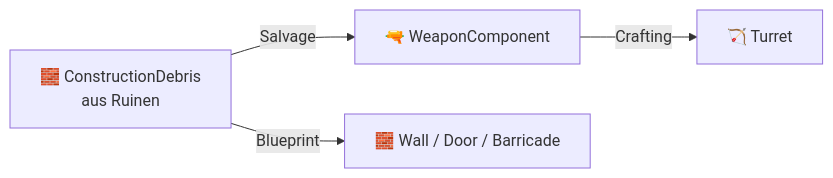
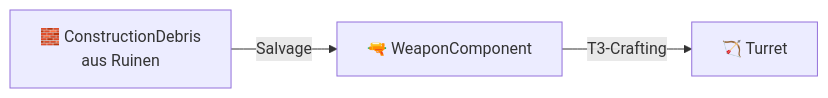
One commit to vannon091118/Rimconemy changed the fifth of 5 diagrams in README.md. Above: the diagram before and after it, drawn with Mermaid. The commit also changed other lines of this file and 8 other files, not shown here.

````diff
--- a/README.md
+++ b/README.md
@@ -116,6 +116,5 @@
 ```mermaid
 flowchart LR
     DEBRIS["🧱 ConstructionDebris<br/>aus Ruinen"] -->|"Salvage"| WCOMP["🔫 WeaponComponent"]
-    DEBRIS -->|"Blueprint"| WALL["🧱 Wall / Door / Barricade"]
-    WCOMP -->|"Crafting"| TURRET["🏹 Turret"]
+    WCOMP -->|"T3-Crafting"| TURRET["🏹 Turret"]
 ```
````
